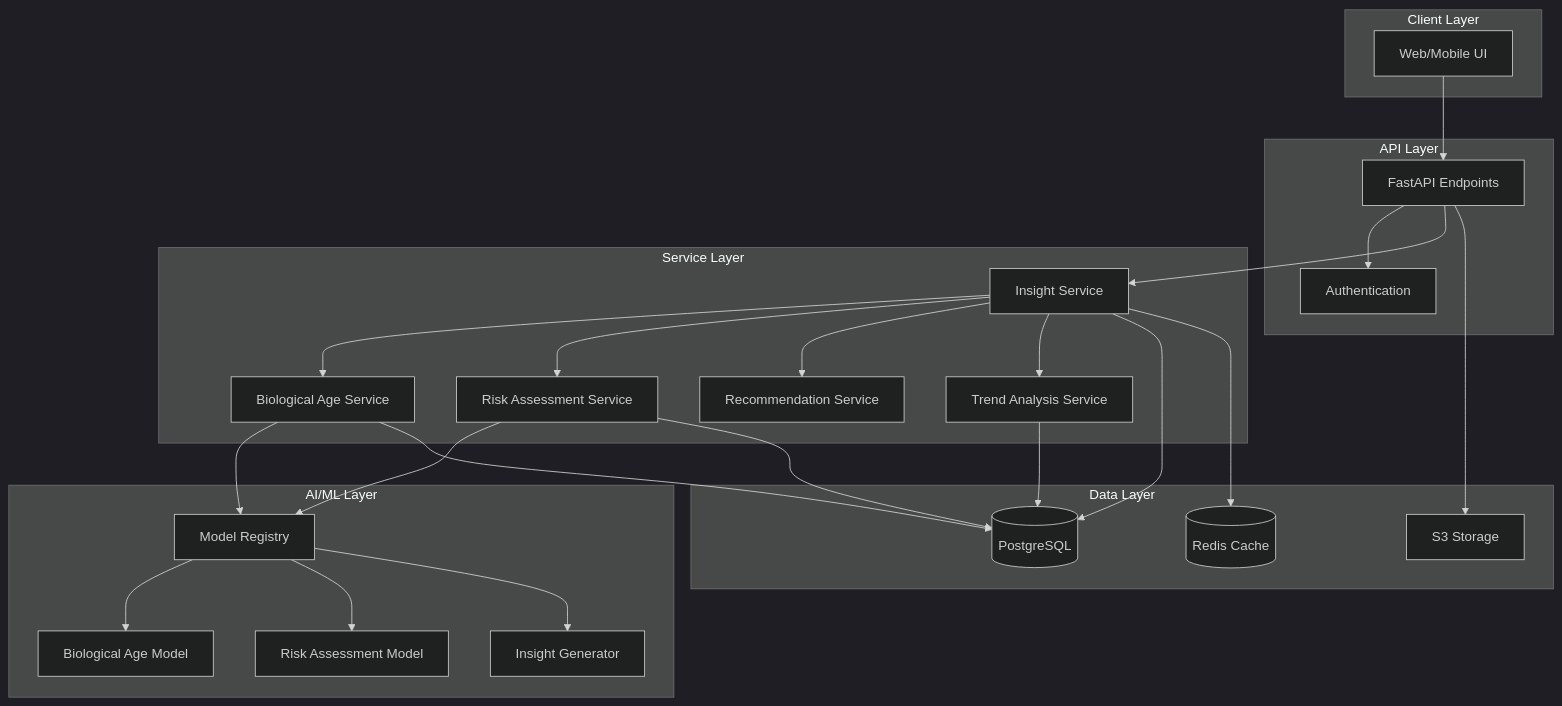
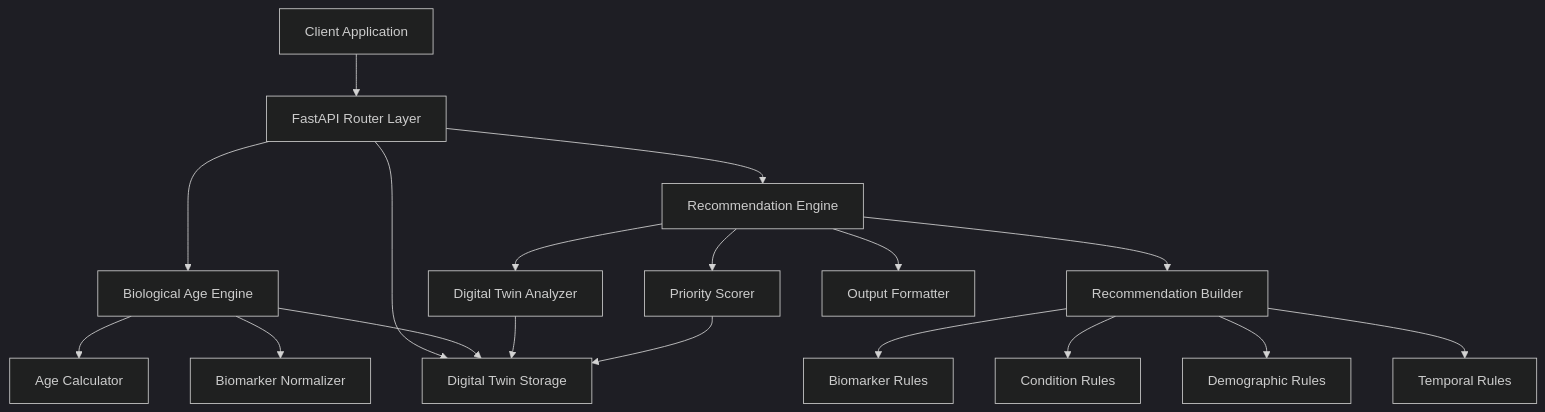
Before and after one commit to bit-short/arogyadost-backend: the diagram in .kiro/specs/health-insights-ai/design.md, drawn with Mermaid (dark theme). The commit also changed other lines of this file and 9 other files, not shown here.

````diff
--- a/.kiro/specs/health-insights-ai/design.md
+++ b/.kiro/specs/health-insights-ai/design.md
@@ -13,54 +13,24 @@
 ```mermaid
-graph TB
-    subgraph "Client Layer"
-        UI[Web/Mobile UI]
-    end
+graph TD
+    A[Client Application] --> B[FastAPI Router Layer]
+    B --> C[Biological Age Engine]
+    B --> D[Recommendation Engine]
+    B --> E[Digital Twin Storage]
     
-    subgraph "API Layer"
-        API[FastAPI Endpoints]
-        Auth[Authentication]
-    end
+    C --> F[Age Calculator]
+    C --> G[Biomarker Normalizer]
+    C --> E
     
-    subgraph "Service Layer"
-        InsightService[Insight Service]
-        BioAgeService[Biological Age Service]
-        RiskService[Risk Assessment Service]
-        RecommendationService[Recommendation Service]
-        TrendService[Trend Analysis Service]
-    end
+    D --> H[Digital Twin Analyzer]
+    D --> I[Recommendation Builder]
+    D --> J[Priority Scorer]
+    D --> K[Output Formatter]
     
-    subgraph "AI/ML Layer"
-        ModelRegistry[Model Registry]
-        BioAgeModel[Biological Age Model]
-        RiskModel[Risk Assessment Model]
-        InsightGenerator[Insight Generator]
-    end
+    I --> L[Biomarker Rules]
+    I --> M[Condition Rules]
+    I --> N[Demographic Rules]
+    I --> O[Temporal Rules]
     
-    subgraph "Data Layer"
-        DB[(PostgreSQL)]
-        Cache[(Redis Cache)]
-        S3[S3 Storage]
-    end
-    
-    UI --> API
-    API --> Auth
-    API --> InsightService
-    InsightService --> BioAgeService
-    InsightService --> RiskService
-    InsightService --> RecommendationService
-    InsightService --> TrendService
-    
-    BioAgeService --> ModelRegistry
-    RiskService --> ModelRegistry
-    ModelRegistry --> BioAgeModel
-    ModelRegistry --> RiskModel
-    ModelRegistry --> InsightGenerator
-    
-    InsightService --> DB
-    InsightService --> Cache
-    BioAgeService --> DB
-    RiskService --> DB
-    TrendService --> DB
-    
-    API --> S3
+    H --> E
+    J --> E
 ```
````
